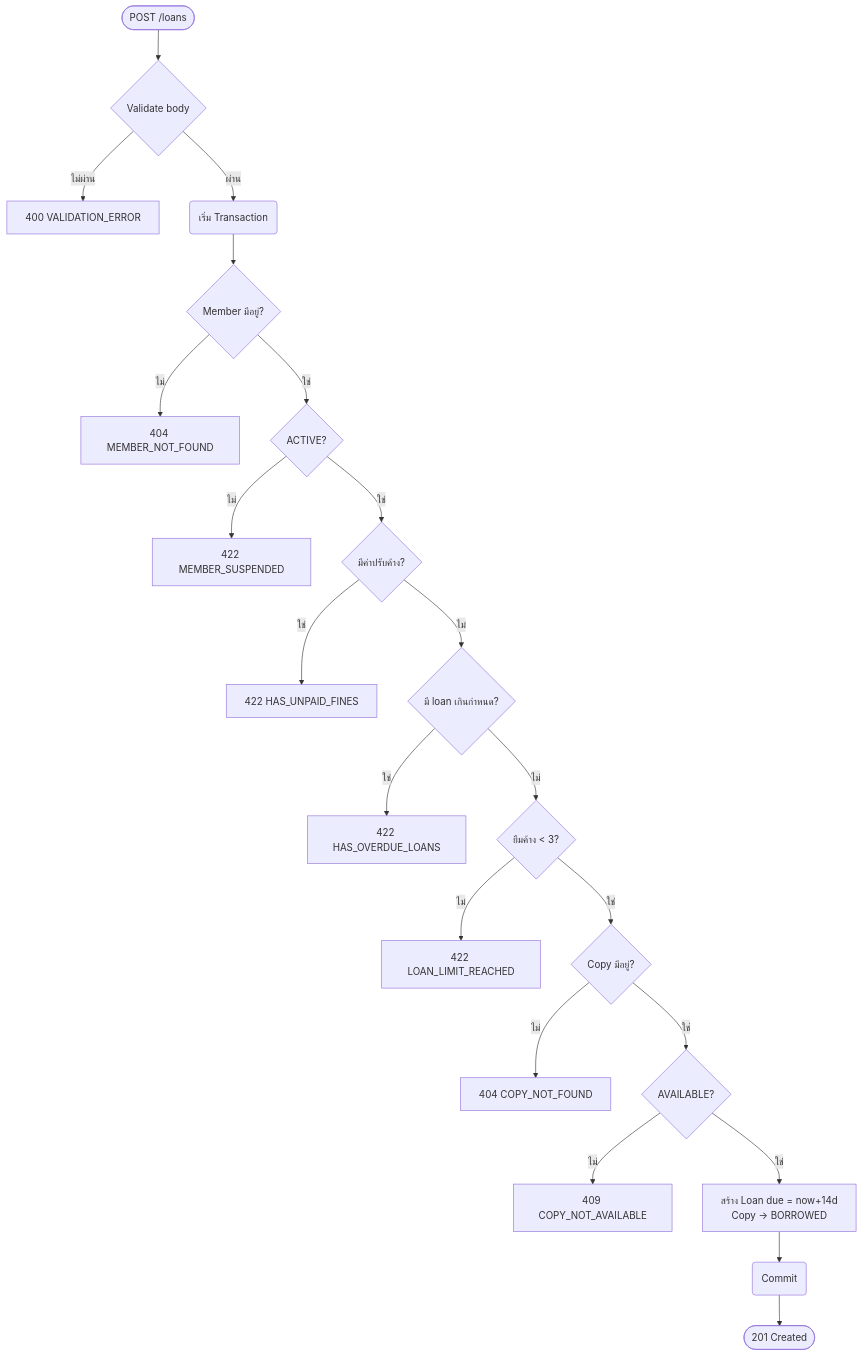
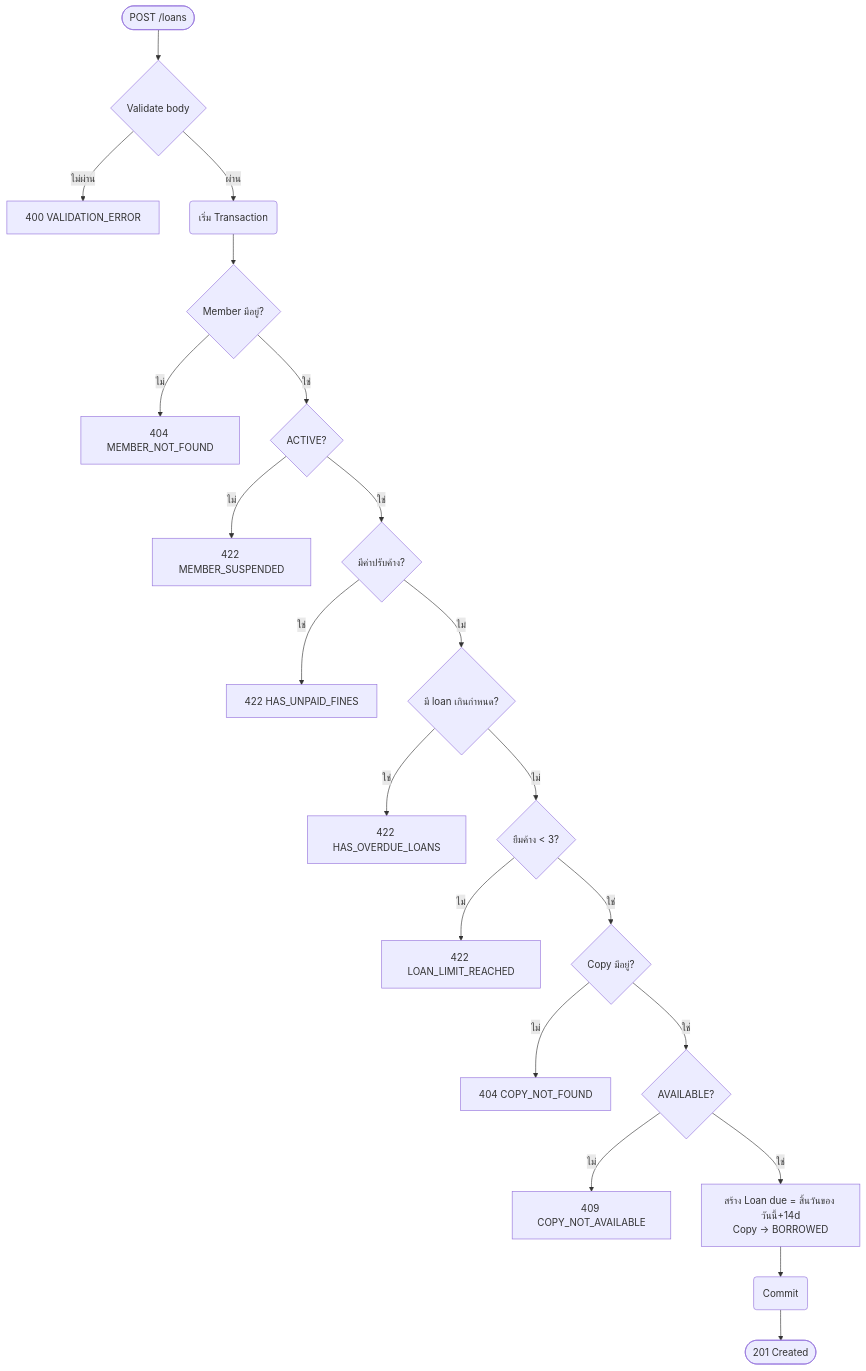
Before and after one commit to zachtix/library-api: the third of 6 diagrams in PROBLEM.md, drawn with Mermaid. The commit also changed other lines of this file and 1 other file, not shown here.

First line of the commit message:
docs(problem): count due dates by calendar day in Asia/Bangkok

````diff
--- a/PROBLEM.md
+++ b/PROBLEM.md
@@ -263,23 +271,23 @@
 ```mermaid
 flowchart TD
     A([POST /loans]) --> B{Validate body}
     B -- ไม่ผ่าน --> E400[400 VALIDATION_ERROR]
     B -- ผ่าน --> TX(เริ่ม Transaction)
     TX --> C1{Member มีอยู่?}
     C1 -- ไม่ --> E1[404 MEMBER_NOT_FOUND]
     C1 -- ใช่ --> C2{ACTIVE?}
     C2 -- ไม่ --> E2[422 MEMBER_SUSPENDED]
     C2 -- ใช่ --> C3{มีค่าปรับค้าง?}
     C3 -- ใช่ --> E3[422 HAS_UNPAID_FINES]
     C3 -- ไม่ --> C4{มี loan เกินกำหนด?}
     C4 -- ใช่ --> E4[422 HAS_OVERDUE_LOANS]
     C4 -- ไม่ --> C5{ยืมค้าง < 3?}
     C5 -- ไม่ --> E5[422 LOAN_LIMIT_REACHED]
     C5 -- ใช่ --> C6{Copy มีอยู่?}
     C6 -- ไม่ --> E6[404 COPY_NOT_FOUND]
     C6 -- ใช่ --> C7{AVAILABLE?}
     C7 -- ไม่ --> E7[409 COPY_NOT_AVAILABLE]
-    C7 -- ใช่ --> W[สร้าง Loan due = now+14d<br/>Copy → BORROWED]
+    C7 -- ใช่ --> W[สร้าง Loan due = สิ้นวันของ วันนี้+14d<br/>Copy → BORROWED]
     W --> CM(Commit)
     CM --> OK([201 Created])
 ```
````
